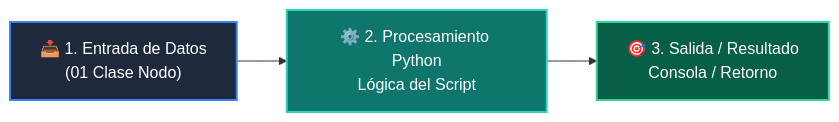
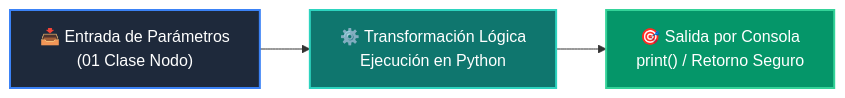
The diagram in 02-algoritmos-estructuras/clase-06-arboles-binarios-busqueda/ejemplos/ejemplo_01_clase_nodo/README.md (wisrovi/wisrovi-python), drawn with Mermaid before and after one commit. The commit also changed other lines of this file and 226 other files, not shown here.

Commit message:
docs: elevate all repository READMEs to world-class mastery standard with rich pedagogical architecture, custom Mermaids, and professional styling

````diff
--- a/02-algoritmos-estructuras/clase-06-arboles-binarios-busqueda/ejemplos/ejemplo_01_clase_nodo/README.md
+++ b/02-algoritmos-estructuras/clase-06-arboles-binarios-busqueda/ejemplos/ejemplo_01_clase_nodo/README.md
@@ -12,9 +19,9 @@
 ```mermaid
 flowchart LR
-    A["📥 1. Entrada de Datos<br/>(01 Clase Nodo)"] --> B["⚙️ 2. Procesamiento Python<br/>Lógica del Script"]
-    B --> C["🎯 3. Salida / Resultado<br/>Consola / Retorno"]
+    A["📥 Entrada de Parámetros<br/>(01 Clase Nodo)"] --> B["⚙️ Transformación Lógica<br/>Ejecución en Python"]
+    B --> C["🎯 Salida por Consola<br/>print() / Retorno Seguro"]
 
-    style A fill:#1e293b,color:#fff,stroke:#3b82f6,stroke-width:2px
-    style B fill:#0f766e,color:#fff,stroke:#2dd4bf,stroke-width:2px
-    style C fill:#065f46,color:#fff,stroke:#34d399,stroke-width:2px
+    style A fill:#1e293b,color:#ffffff,stroke:#3b82f6,stroke-width:2px
+    style B fill:#0f766e,color:#ffffff,stroke:#2dd4bf,stroke-width:2px
+    style C fill:#059669,color:#ffffff,stroke:#34d399,stroke-width:2px
 ```
````
